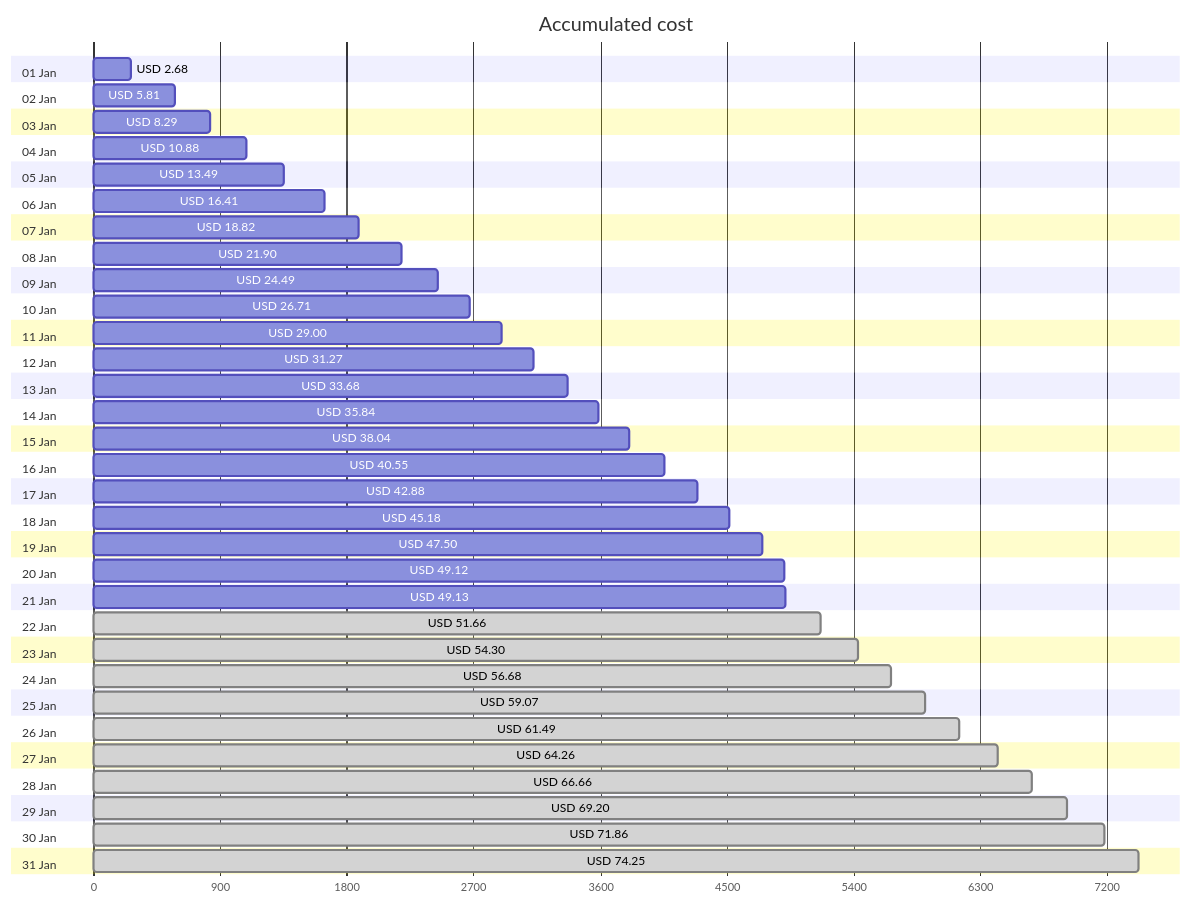
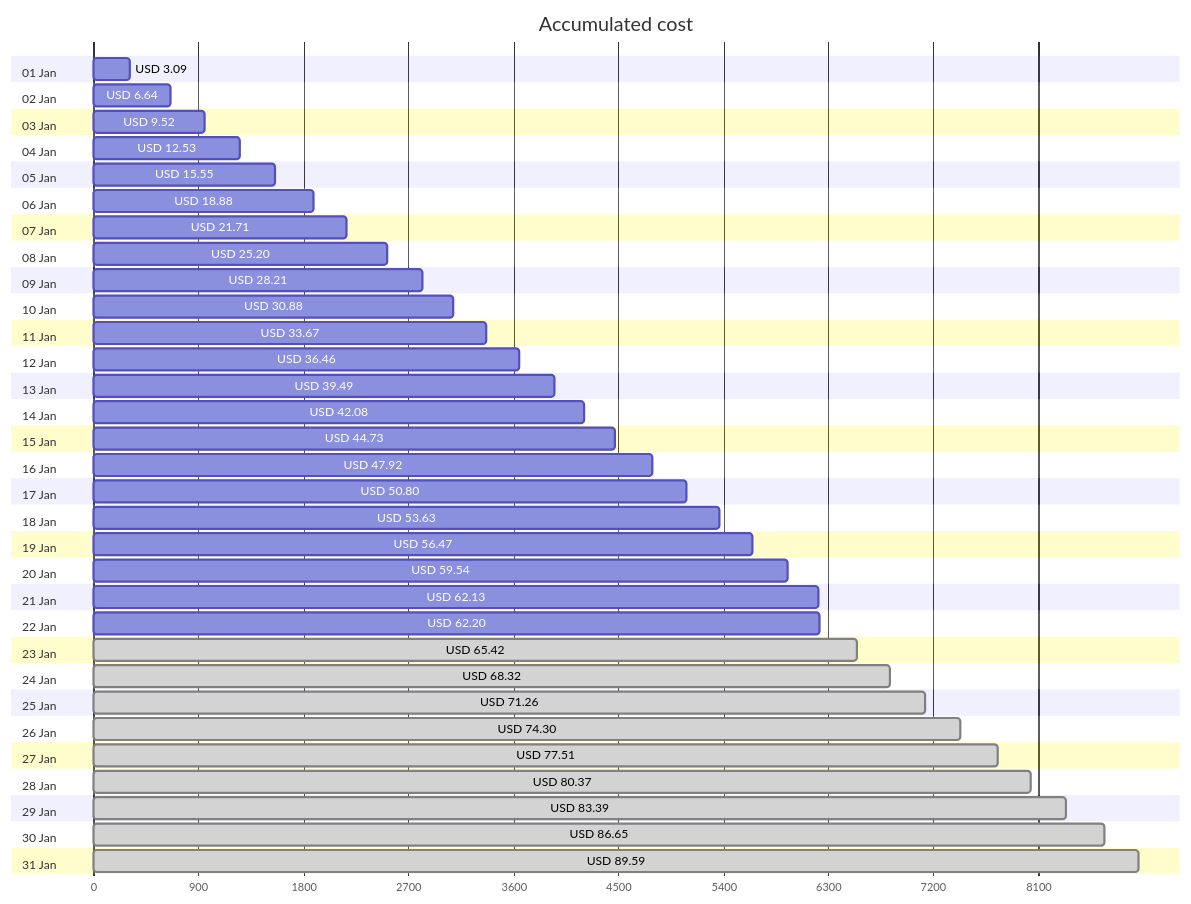
The first of 4 diagrams in cost-reports/accumulated-cost.md (jpfulton/azure-personal-reports), drawn with Mermaid before and after one commit. The commit also changed other lines of this file and 4 other files, not shown here.

````diff
--- a/cost-reports/accumulated-cost.md
+++ b/cost-reports/accumulated-cost.md
@@ -20,68 +20,68 @@
 ```mermaid
 gantt
    title Accumulated cost
    dateFormat  X
    axisFormat %s
    section 01 Jan
-   USD 2.68 :0, 268
+   USD 3.09 :0, 309
    section 02 Jan
-   USD 5.81 :0, 581
+   USD 6.64 :0, 664
    section 03 Jan
-   USD 8.29 :0, 829
+   USD 9.52 :0, 952
    section 04 Jan
-   USD 10.88 :0, 1088
+   USD 12.53 :0, 1253
    section 05 Jan
-   USD 13.49 :0, 1349
+   USD 15.55 :0, 1555
    section 06 Jan
-   USD 16.41 :0, 1641
+   USD 18.88 :0, 1888
    section 07 Jan
-   USD 18.82 :0, 1882
+   USD 21.71 :0, 2171
    section 08 Jan
-   USD 21.90 :0, 2190
+   USD 25.20 :0, 2520
    section 09 Jan
-   USD 24.49 :0, 2449
+   USD 28.21 :0, 2821
    section 10 Jan
-   USD 26.71 :0, 2671
+   USD 30.88 :0, 3088
    section 11 Jan
-   USD 29.00 :0, 2900
+   USD 33.67 :0, 3367
    section 12 Jan
-   USD 31.27 :0, 3127
+   USD 36.46 :0, 3646
    section 13 Jan
-   USD 33.68 :0, 3368
+   USD 39.49 :0, 3949
    section 14 Jan
-   USD 35.84 :0, 3584
+   USD 42.08 :0, 4208
    section 15 Jan
-   USD 38.04 :0, 3804
+   USD 44.73 :0, 4473
    section 16 Jan
-   USD 40.55 :0, 4055
+   USD 47.92 :0, 4792
    section 17 Jan
-   USD 42.88 :0, 4288
+   USD 50.80 :0, 5080
    section 18 Jan
-   USD 45.18 :0, 4518
+   USD 53.63 :0, 5363
    section 19 Jan
-   USD 47.50 :0, 4750
+   USD 56.47 :0, 5647
    section 20 Jan
-   USD 49.12 :0, 4912
+   USD 59.54 :0, 5954
    section 21 Jan
-   USD 49.13 :0, 4913
+   USD 62.13 :0, 6213
    section 22 Jan
-   USD 51.66 : done, 0, 5166
+   USD 62.20 :0, 6220
    section 23 Jan
-   USD 54.30 : done, 0, 5430
+   USD 65.42 : done, 0, 6542
    section 24 Jan
-   USD 56.68 : done, 0, 5668
+   USD 68.32 : done, 0, 6832
    section 25 Jan
-   USD 59.07 : done, 0, 5907
+   USD 71.26 : done, 0, 7126
    section 26 Jan
-   USD 61.49 : done, 0, 6149
+   USD 74.30 : done, 0, 7430
    section 27 Jan
-   USD 64.26 : done, 0, 6426
+   USD 77.51 : done, 0, 7751
    section 28 Jan
-   USD 66.66 : done, 0, 6666
+   USD 80.37 : done, 0, 8037
    section 29 Jan
-   USD 69.20 : done, 0, 6920
+   USD 83.39 : done, 0, 8339
    section 30 Jan
-   USD 71.86 : done, 0, 7186
+   USD 86.65 : done, 0, 8665
    section 31 Jan
-   USD 74.25 : done, 0, 7425
+   USD 89.59 : done, 0, 8959
 ```
````
